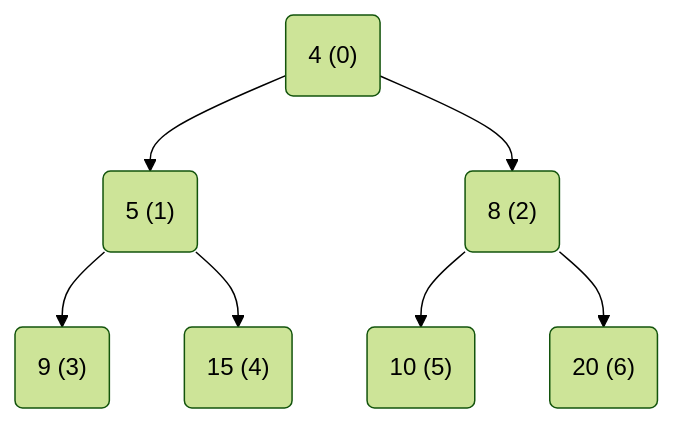
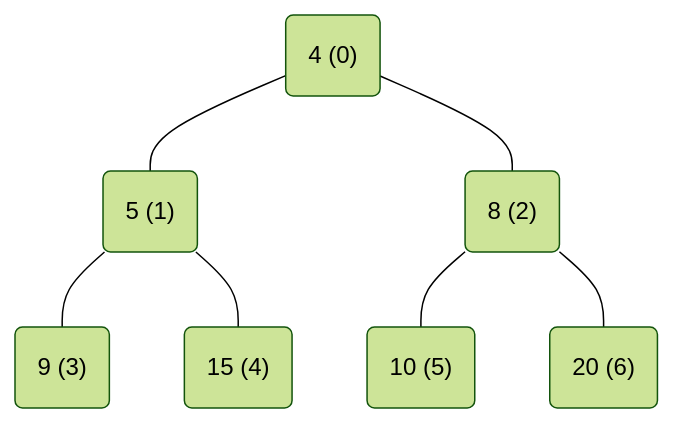
One commit to ruslylove/datastruct changed the third of 17 diagrams in lectures/lect-11-Heap.md. Above: the diagram before and after it, drawn with Mermaid (forest theme). The commit also changed other lines of this file, not shown here.

Commit message:
update diagram and bottom-up heap theorem.

````diff
--- a/lectures/lect-11-Heap.md
+++ b/lectures/lect-11-Heap.md
@@ -167,9 +167,9 @@
 ```mermaid 
 graph TD
-    A("4 (0)") --> B("5 (1)")
-    A --> C("8 (2)")
-    B --> D("9 (3)")
-    B --> E("15 (4)")
-    C --> F("10 (5)")
-    C --> G("20 (6)")
+    A("4 (0)") --- B("5 (1)")
+    A --- C("8 (2)")
+    B --- D("9 (3)")
+    B --- E("15 (4)")
+    C --- F("10 (5)")
+    C --- G("20 (6)")
 ```
````
